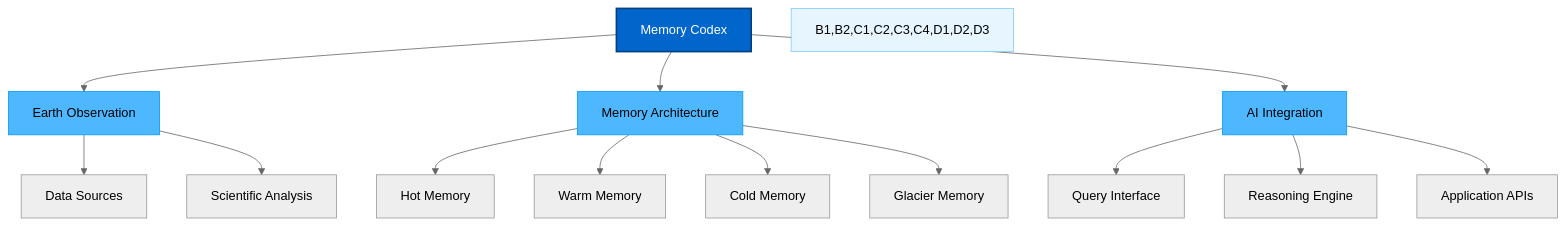
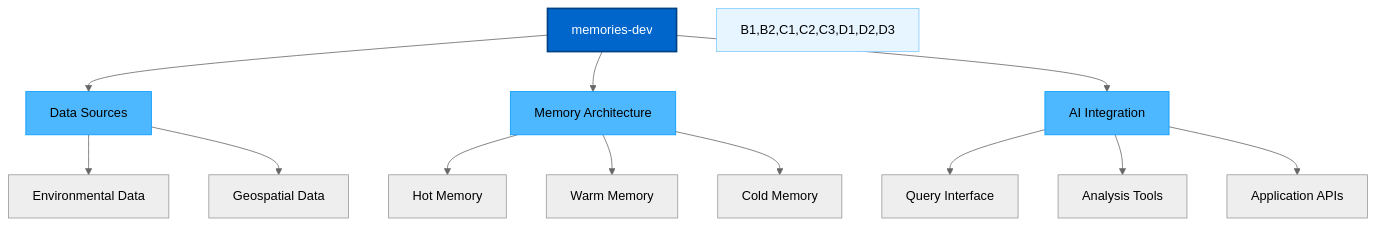
One commit to Vortx-AI/memories-dev changed the first of 2 diagrams in docs/source/index.rst. Above: the diagram before and after it, drawn with Mermaid (neutral theme). The commit also changed other lines of this file and 3 other files, not shown here.

```diff
--- a/docs/source/index.rst
+++ b/docs/source/index.rst
@@ -52,24 +111,23 @@
 .. mermaid::
 
    graph TD
-      A[Memory Codex] --> B[Earth Observation]
+      A[memories-dev] --> B[Data Sources]
       A --> C[Memory Architecture]
       A --> D[AI Integration]
       
-      B --> B1[Data Sources]
-      B --> B2[Scientific Analysis]
+      B --> B1[Environmental Data]
+      B --> B2[Geospatial Data]
       
       C --> C1[Hot Memory]
       C --> C2[Warm Memory]
       C --> C3[Cold Memory]
-      C --> C4[Glacier Memory]
       
       D --> D1[Query Interface]
-      D --> D2[Reasoning Engine]
+      D --> D2[Analysis Tools]
       D --> D3[Application APIs]
       
       style A fill:#0066cc,stroke:#004080,stroke-width:2px,color:#ffffff
       style B fill:#4db8ff,stroke:#0099ff,stroke-width:1px
       style C fill:#4db8ff,stroke:#0099ff,stroke-width:1px
       style D fill:#4db8ff,stroke:#0099ff,stroke-width:1px
-      style B1,B2,C1,C2,C3,C4,D1,D2,D3 fill:#e6f5ff,stroke:#80ccff,stroke-width:1px
+      style B1,B2,C1,C2,C3,D1,D2,D3 fill:#e6f5ff,stroke:#80ccff,stroke-width:1px
```
